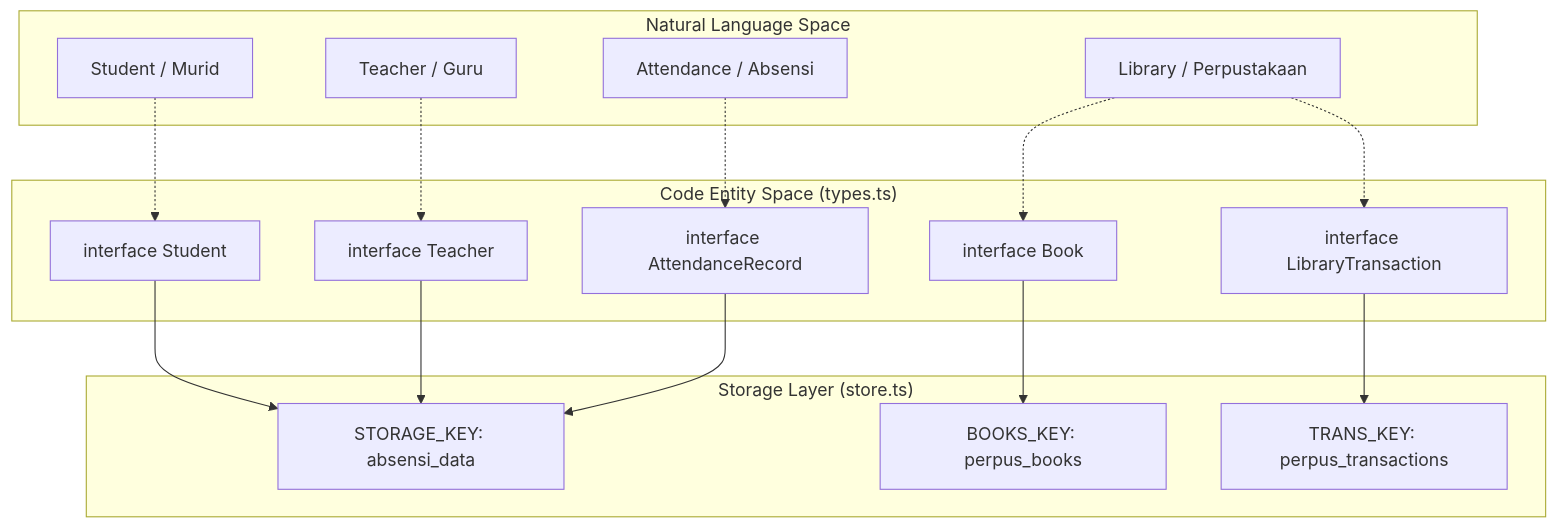
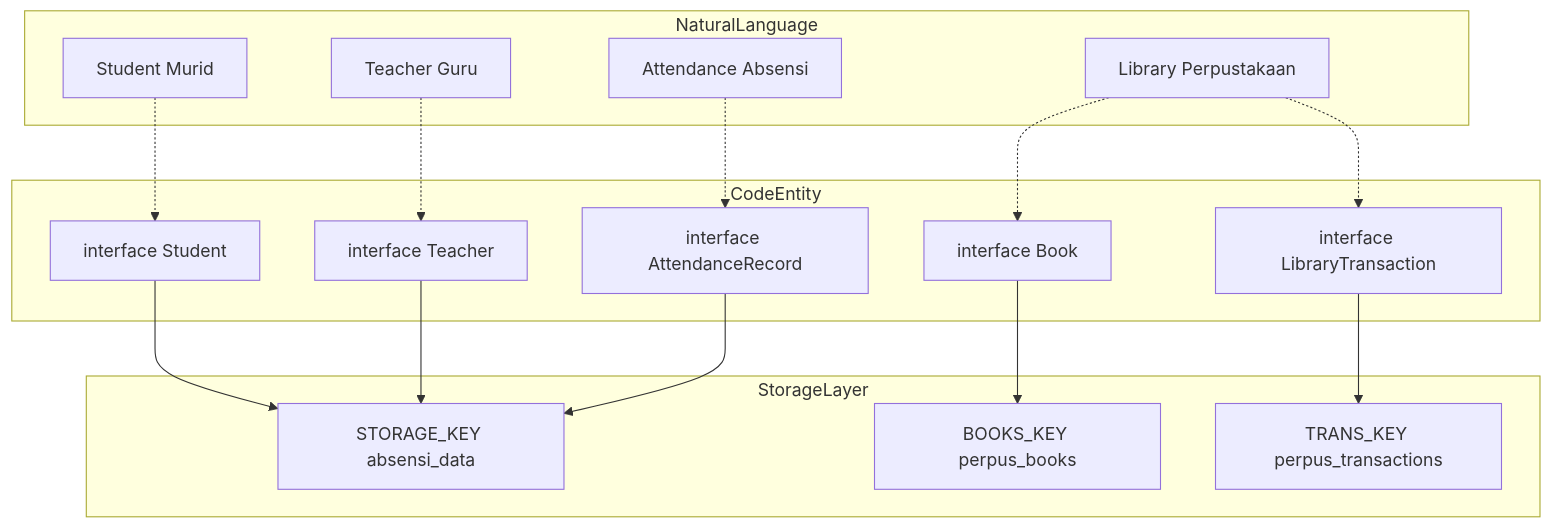
Before and after one commit to Delta-Polder-Indonesia/siakad-sekolah: the ninth of 24 diagrams in README.md, drawn with Mermaid. The commit also changed other lines of this file and 13 other files, not shown here.

````diff
--- a/README.md
+++ b/README.md
@@ -577,35 +577,35 @@
 ```mermaid
 graph TD
-    subgraph NaturalLanguage["Natural Language Space"]
-        Student["Student / Murid"]
-        Teacher["Teacher / Guru"]
-        Attendance["Attendance / Absensi"]
-        Library["Library / Perpustakaan"]
+    subgraph NaturalLanguage
+        Student["Student Murid"]
+        Teacher["Teacher Guru"]
+        Attendance["Attendance Absensi"]
+        Library["Library Perpustakaan"]
     end
 
-    subgraph CodeEntity["Code Entity Space (types.ts)"]
+    subgraph CodeEntity
         IStudent["interface Student"]
         ITeacher["interface Teacher"]
         IAttendance["interface AttendanceRecord"]
         IBook["interface Book"]
         ITransaction["interface LibraryTransaction"]
     end
 
-    subgraph StorageLayer["Storage Layer (store.ts)"]
-        S_KEY["STORAGE_KEY: absensi_data"]
-        B_KEY["BOOKS_KEY: perpus_books"]
-        T_KEY["TRANS_KEY: perpus_transactions"]
+    subgraph StorageLayer
+        S_KEY["STORAGE_KEY absensi_data"]
+        B_KEY["BOOKS_KEY perpus_books"]
+        T_KEY["TRANS_KEY perpus_transactions"]
     end
 
     Student -.-> IStudent
     Teacher -.-> ITeacher
     Attendance -.-> IAttendance
     Library -.-> IBook
     Library -.-> ITransaction
 
     IStudent --> S_KEY
     ITeacher --> S_KEY
     IAttendance --> S_KEY
     IBook --> B_KEY
     ITransaction --> T_KEY
 ```
````
